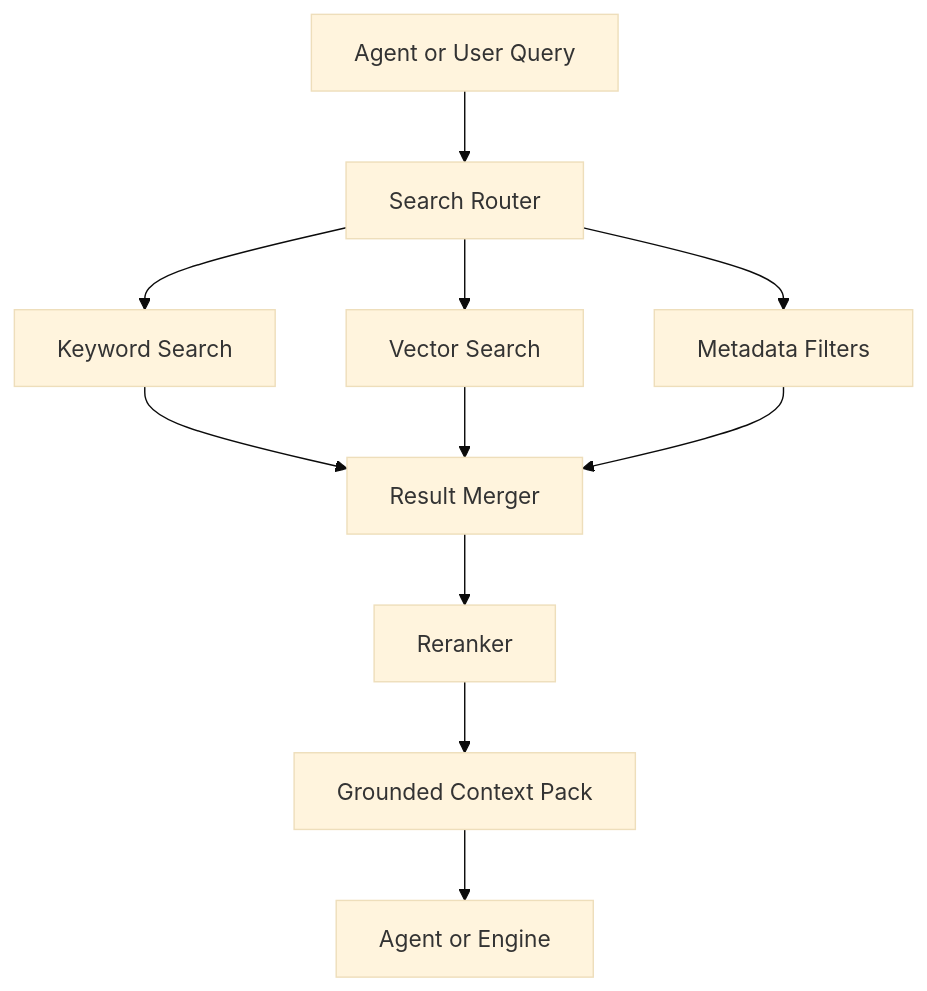
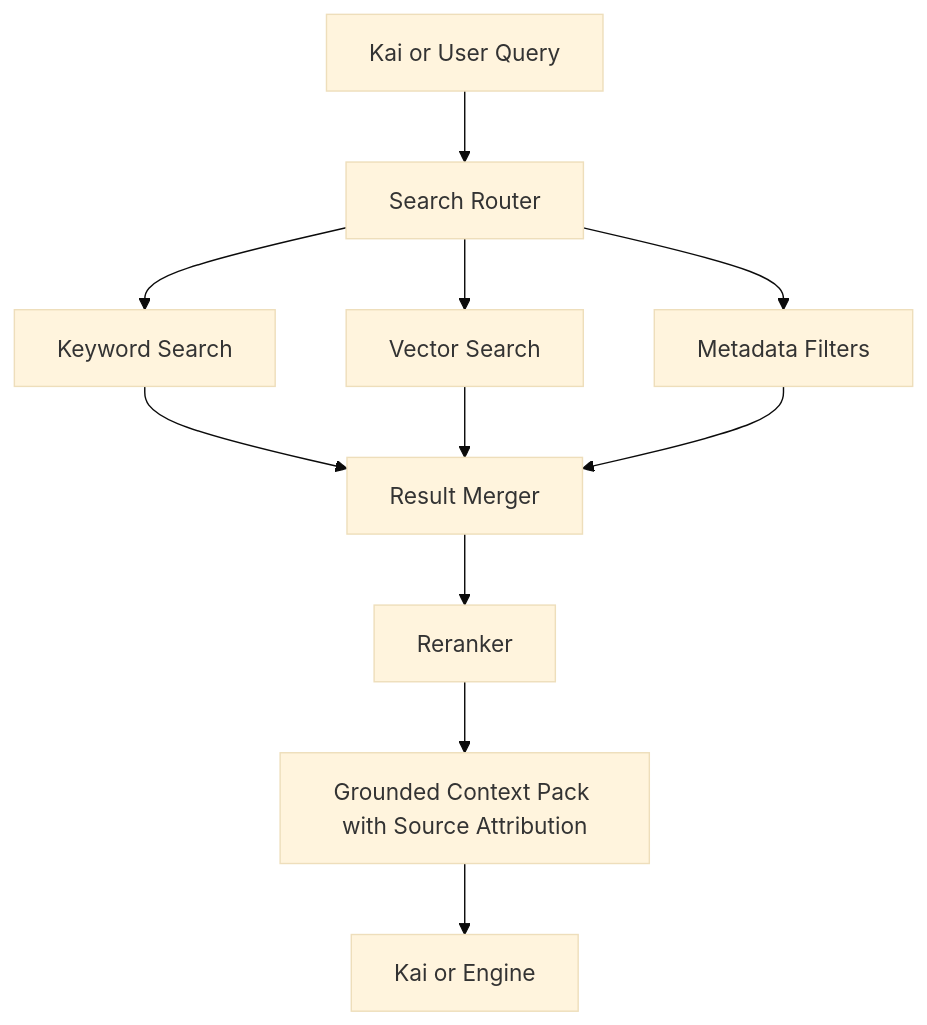
One commit to Mirzzie/Fadi changed the diagram in docs/RAG_AND_SEARCH_ARCHITECTURE.md. Above: the diagram before and after it, drawn with Mermaid (base theme). The commit also changed other lines of this file and 65 other files, not shown here.

First line of the commit message:
docs: update architecture docs for Better Auth, Kai, and data sources

````diff
--- a/docs/RAG_AND_SEARCH_ARCHITECTURE.md
+++ b/docs/RAG_AND_SEARCH_ARCHITECTURE.md
@@ -22,13 +25,13 @@
 ```mermaid
 flowchart TD
-    Query[Agent or User Query] --> Router[Search Router]
+    Query[Kai or User Query] --> Router[Search Router]
     Router --> Keyword[Keyword Search]
     Router --> Vector[Vector Search]
     Router --> Filters[Metadata Filters]
     Keyword --> Merge[Result Merger]
     Vector --> Merge
     Filters --> Merge
     Merge --> Rerank[Reranker]
-    Rerank --> Context[Grounded Context Pack]
-    Context --> Agent[Agent or Engine]
+    Rerank --> Context[Grounded Context Pack with Source Attribution]
+    Context --> Agent[Kai or Engine]
 ```
````
